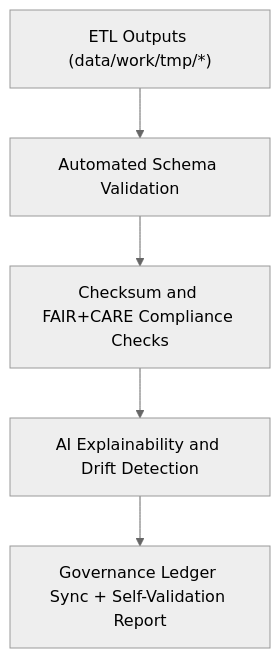
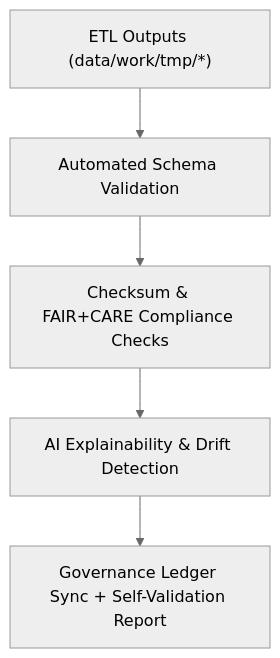
Before and after one commit to bartytime4life/Kansas-Frontier-Matrix: the diagram in data/reports/self-validation/README.md, drawn with Mermaid (neutral theme). The commit also changed other lines of this file, not shown here.

````diff
--- a/data/reports/self-validation/README.md
+++ b/data/reports/self-validation/README.md
@@ -86,7 +86,7 @@
 ```mermaid
 flowchart TD
     A["ETL Outputs (data/work/tmp/*)"] --> B["Automated Schema Validation"]
-    B --> C["Checksum and FAIR+CARE Compliance Checks"]
-    C --> D["AI Explainability and Drift Detection"]
+    B --> C["Checksum & FAIR+CARE Compliance Checks"]
+    C --> D["AI Explainability & Drift Detection"]
     D --> E["Governance Ledger Sync + Self-Validation Report"]
 ```
````
